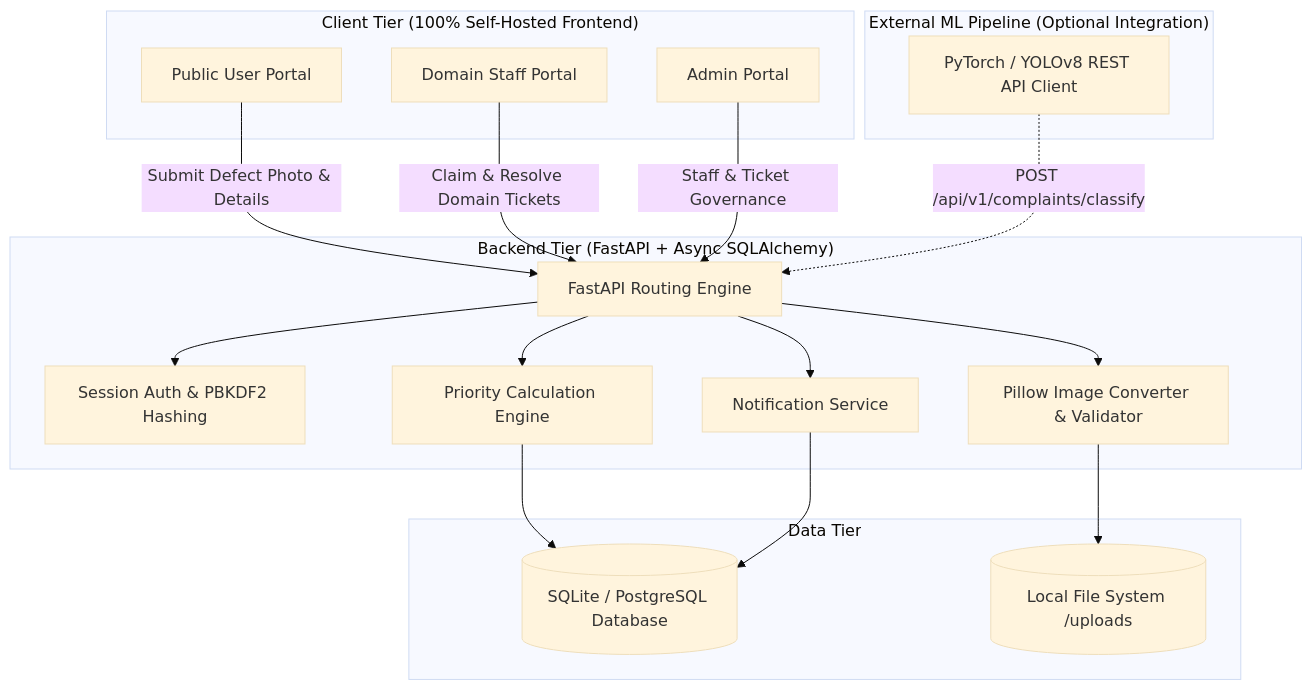
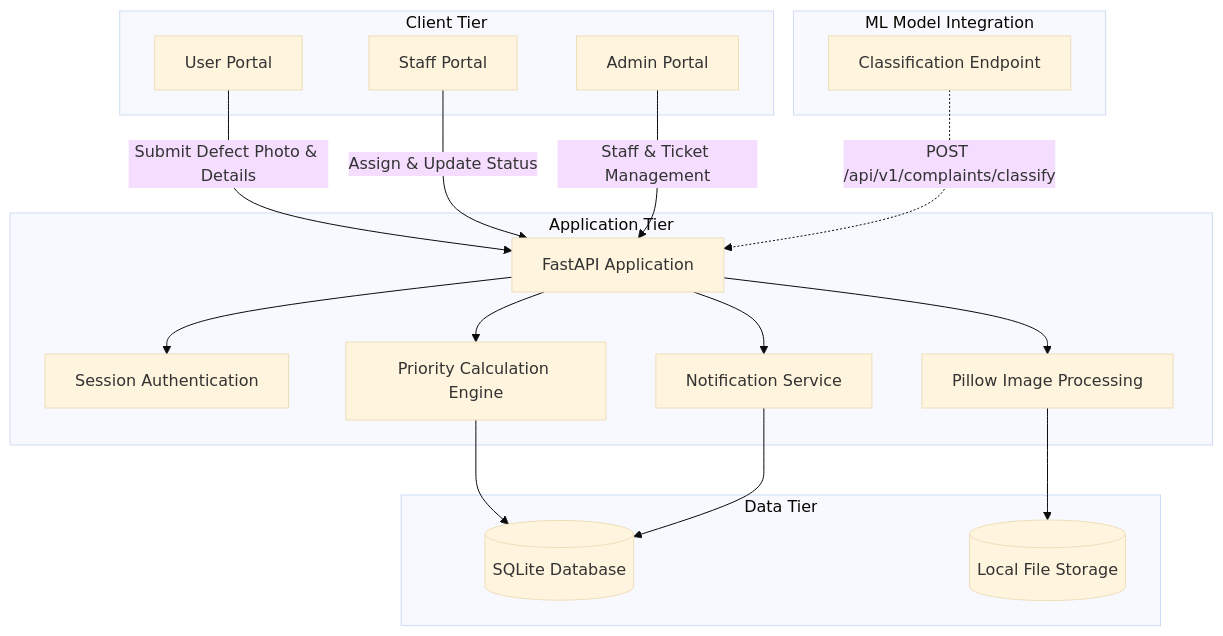
Before and after one commit to Bittu5134/InfraPulse: the first of 3 diagrams in README.md, drawn with Mermaid (base theme). The commit also changed other lines of this file, not shown here.

````diff
--- a/README.md
+++ b/README.md
@@ -15,37 +9,37 @@
 ```mermaid
 graph TD
-    subgraph "Client Tier (100% Self-Hosted Frontend)"
-        U[Public User Portal]
-        S[Domain Staff Portal]
+    subgraph Client Tier
+        U[User Portal]
+        S[Staff Portal]
         A[Admin Portal]
     end
 
-    subgraph "Backend Tier (FastAPI + Async SQLAlchemy)"
-        Router[FastAPI Routing Engine]
-        Auth[Session Auth & PBKDF2 Hashing]
-        Pillow[Pillow Image Converter & Validator]
-        Priority[Priority Calculation Engine]
-        Notifier[Notification Service]
+    subgraph Application Tier
+        Router[FastAPI Application]
+        Auth[Session Authentication]
+        ImageHandler[Pillow Image Processing]
+        PriorityEngine[Priority Calculation Engine]
+        NotificationService[Notification Service]
     end
 
-    subgraph "Data Tier"
-        DB[(SQLite / PostgreSQL Database)]
-        Storage[(Local File System /uploads)]
+    subgraph Data Tier
+        DB[(SQLite Database)]
+        Storage[(Local File Storage)]
     end
 
-    subgraph "External ML Pipeline (Optional Integration)"
-        ML[PyTorch / YOLOv8 REST API Client]
+    subgraph ML Model Integration
+        ML[Classification Endpoint]
     end
 
     U -->|Submit Defect Photo & Details| Router
-    S -->|Claim & Resolve Domain Tickets| Router
-    A -->|Staff & Ticket Governance| Router
+    S -->|Assign & Update Status| Router
+    A -->|Staff & Ticket Management| Router
     Router --> Auth
-    Router --> Pillow
-    Pillow --> Storage
-    Router --> Priority
-    Priority --> DB
-    Router --> Notifier
-    Notifier --> DB
+    Router --> ImageHandler
+    ImageHandler --> Storage
+    Router --> PriorityEngine
+    PriorityEngine --> DB
+    Router --> NotificationService
+    NotificationService --> DB
     ML -.->|POST /api/v1/complaints/classify| Router
 ```
````
